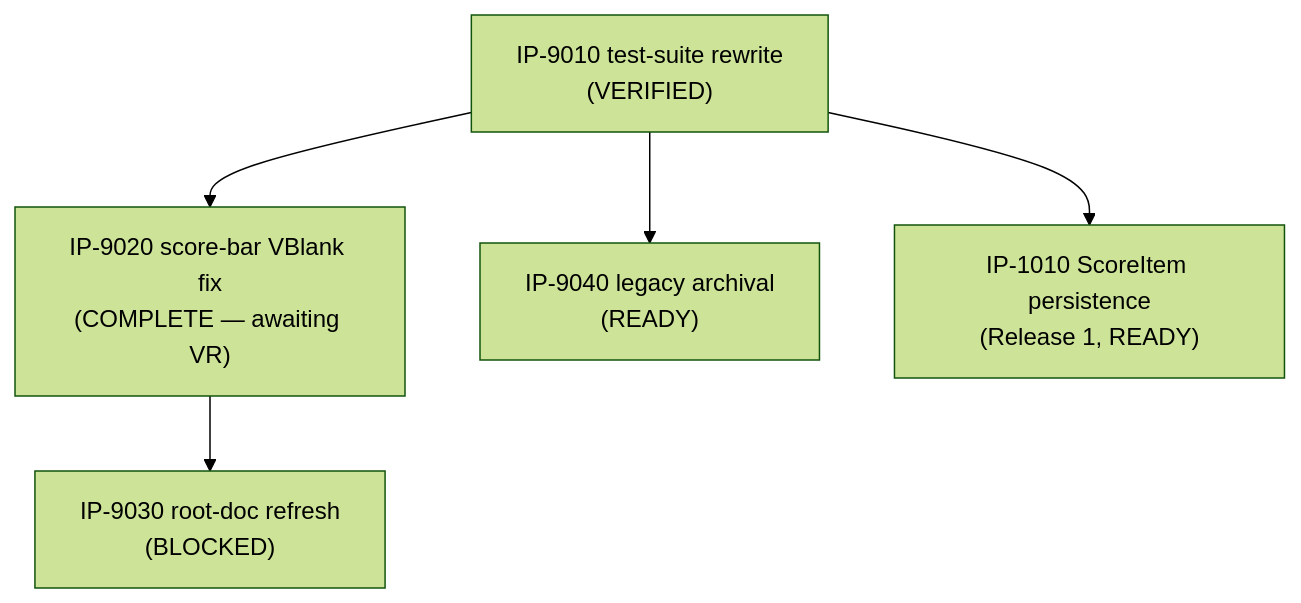
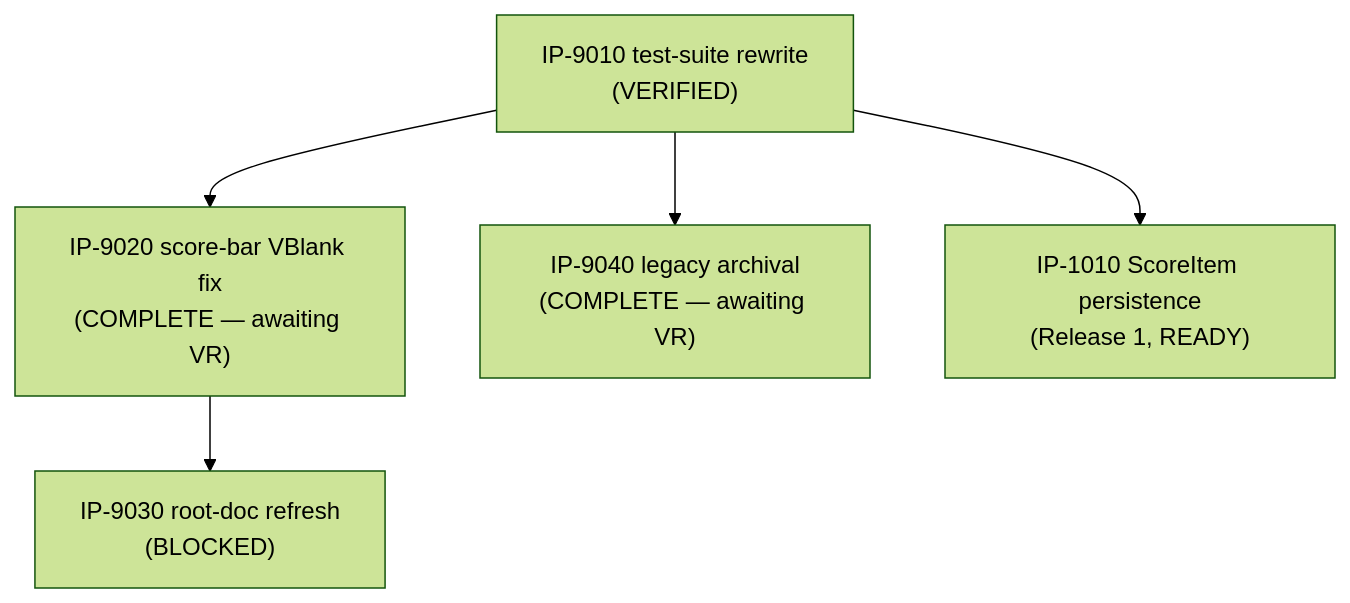
One commit to Zabin/RsGame changed the diagram in docs/implementation/00-master-build-plan.md. Above: the diagram before and after it, drawn with Mermaid (forest theme). The commit also changed other lines of this file and 5 other files, not shown here.

````diff
--- a/docs/implementation/00-master-build-plan.md
+++ b/docs/implementation/00-master-build-plan.md
@@ -26,12 +26,12 @@
 ```mermaid
 graph TD
     IP9010["IP-9010 test-suite rewrite<br/>(VERIFIED)"]
     IP9020["IP-9020 score-bar VBlank fix<br/>(COMPLETE — awaiting VR)"]
     IP9030["IP-9030 root-doc refresh<br/>(BLOCKED)"]
-    IP9040["IP-9040 legacy archival<br/>(READY)"]
+    IP9040["IP-9040 legacy archival<br/>(COMPLETE — awaiting VR)"]
     IP1010["IP-1010 ScoreItem persistence<br/>(Release 1, READY)"]
     IP9010 --> IP9020
     IP9010 --> IP9040
     IP9010 --> IP1010
     IP9020 --> IP9030
 ```
````
